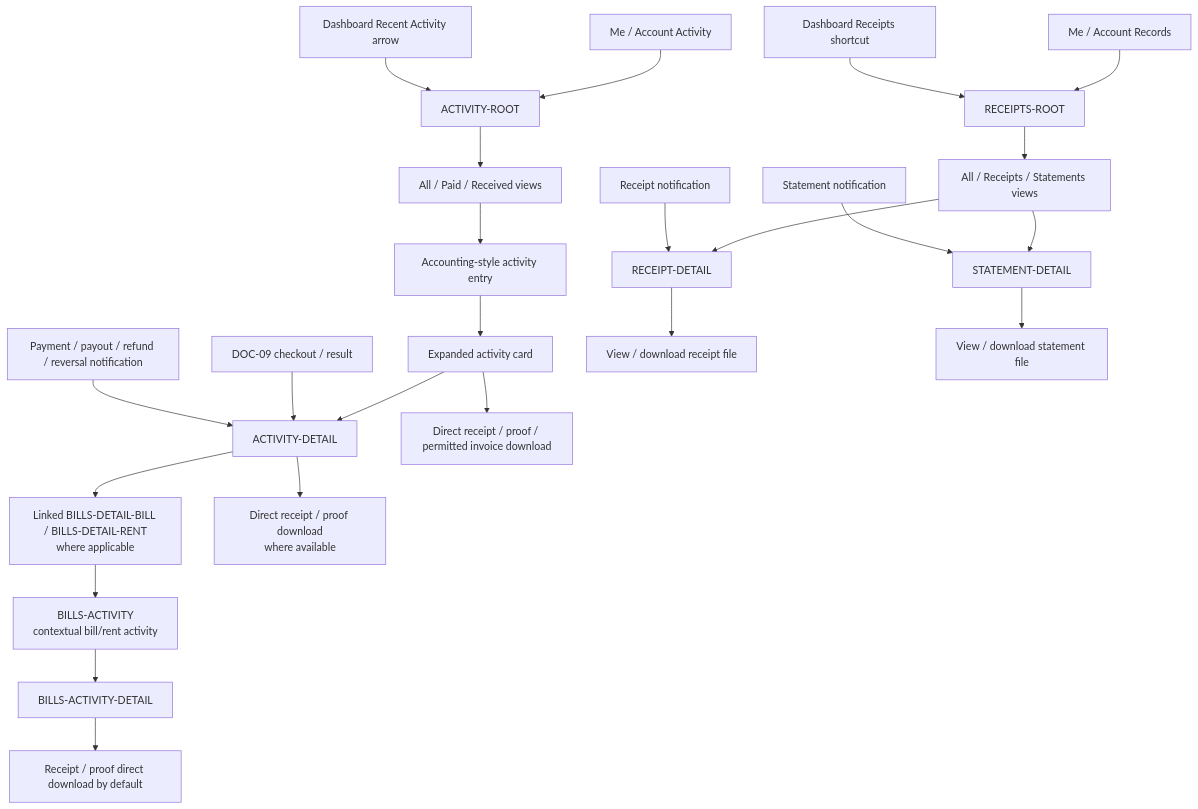
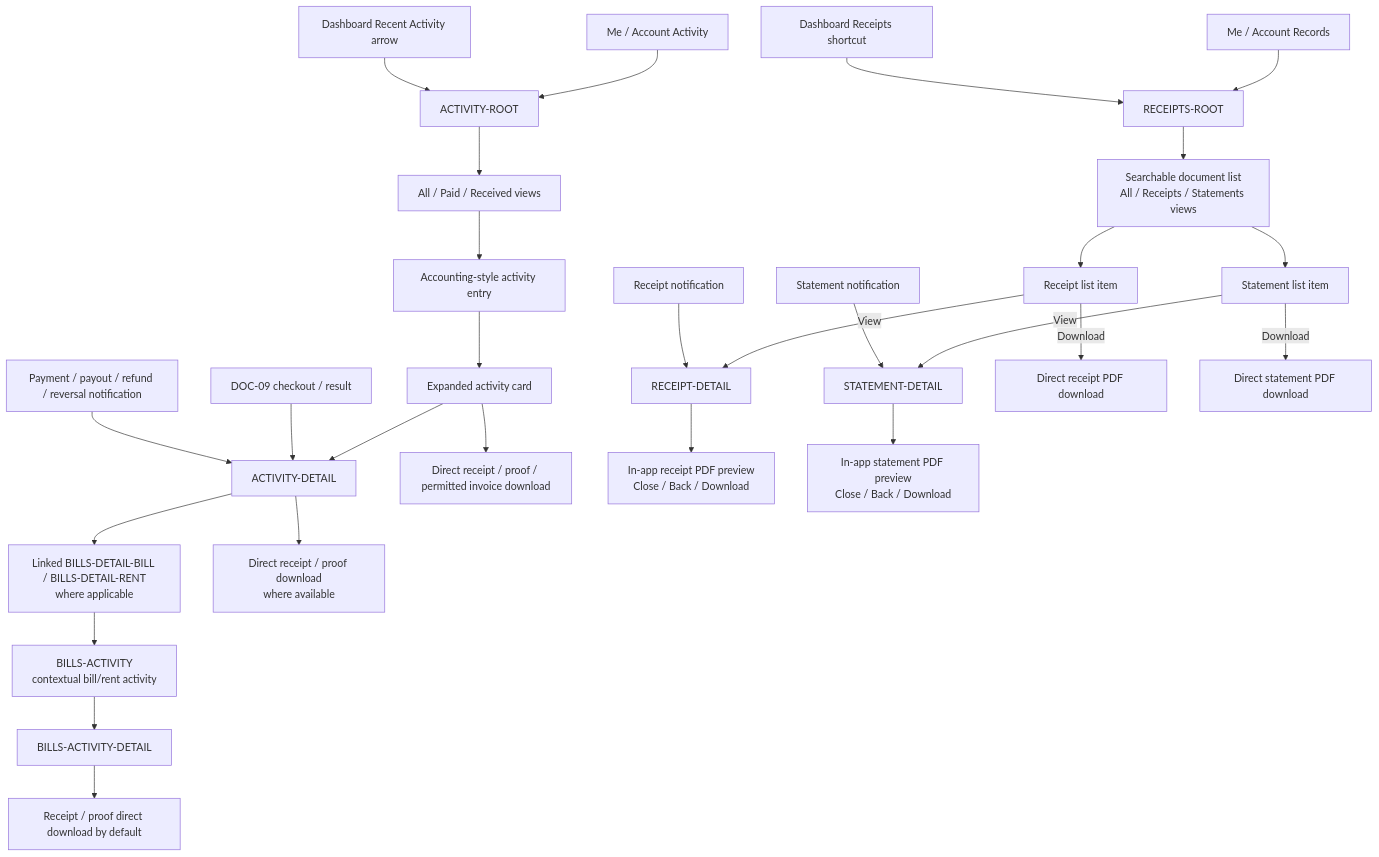
Before and after one commit to adminpayplus/payplus-docs: the sixth of 6 diagrams in docs/diagrams/payplus-app-route-entry-map.md, drawn with Mermaid. The commit also changed other lines of this file and 11 other files, not shown here.

````diff
--- a/docs/diagrams/payplus-app-route-entry-map.md
+++ b/docs/diagrams/payplus-app-route-entry-map.md
@@ -173,32 +173,37 @@
 ```mermaid
 flowchart TD
   DASHRECENT["Dashboard Recent Activity arrow"] --> AROOT["ACTIVITY-ROOT"]
   MEACTIVITY["Me / Account Activity"] --> AROOT
   ACTNOTIF["Payment / payout / refund / reversal notification"] --> ADETAIL["ACTIVITY-DETAIL"]
   CHECKOUT["DOC-09 checkout / result"] --> ADETAIL
 
   AROOT --> AVIEWS["All / Paid / Received views"]
   AVIEWS --> AENTRY["Accounting-style activity entry"]
   AENTRY --> AEXPANDED["Expanded activity card"]
   AEXPANDED --> ADETAIL
   AEXPANDED --> ROOTDOWNLOAD["Direct receipt / proof / permitted invoice download"]
 
   ADETAIL --> BILLDETAIL["Linked BILLS-DETAIL-BILL / BILLS-DETAIL-RENT<br/>where applicable"]
   ADETAIL --> RECEIPTDOWNLOAD["Direct receipt / proof download<br/>where available"]
 
   SHORTCUT["Dashboard Receipts shortcut"] --> RROOT["RECEIPTS-ROOT"]
   MERECORDS["Me / Account Records"] --> RROOT
   RCPTNOTIF["Receipt notification"] --> RDETAIL["RECEIPT-DETAIL"]
   STMTNOTIF["Statement notification"] --> SDETAIL["STATEMENT-DETAIL"]
 
-  RROOT --> RVIEWS["All / Receipts / Statements views"]
-  RVIEWS --> RDETAIL
-  RVIEWS --> SDETAIL
+  RROOT --> RLIST["Searchable document list<br/>All / Receipts / Statements views"]
+  RLIST --> RITEM["Receipt list item"]
+  RLIST --> SITEM["Statement list item"]
 
-  RDETAIL --> RFILE["View / download receipt file"]
-  SDETAIL --> SFILE["View / download statement file"]
+  RITEM -->|"View"| RDETAIL
+  RITEM -->|"Download"| RDIRECT["Direct receipt PDF download"]
+  SITEM -->|"View"| SDETAIL
+  SITEM -->|"Download"| SDIRECT["Direct statement PDF download"]
+
+  RDETAIL --> RFILE["In-app receipt PDF preview<br/>Close / Back / Download"]
+  SDETAIL --> SFILE["In-app statement PDF preview<br/>Close / Back / Download"]
 
   BILLDETAIL --> BACTIVITY["BILLS-ACTIVITY<br/>contextual bill/rent activity"]
   BACTIVITY --> BACTIVITYDETAIL["BILLS-ACTIVITY-DETAIL"]
   BACTIVITYDETAIL --> BDIRECT["Receipt / proof direct download by default"]
 ```
````
